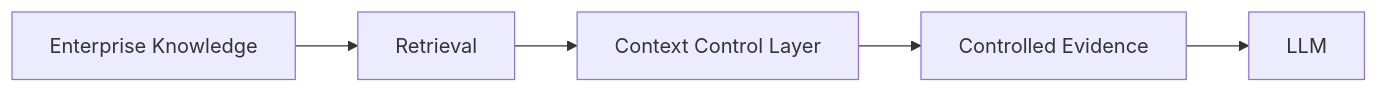
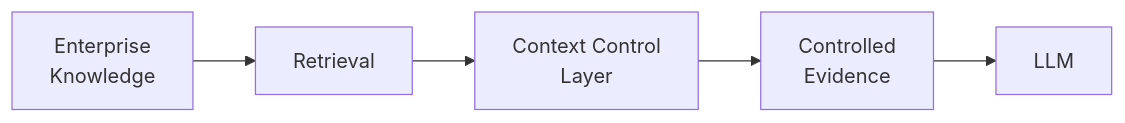
Before and after one commit to MihirKJha/enterprise-ai-blog: the fourth of 6 diagrams in docs/architecture-insights/genai-and-rag/3.1-engineering-the-context-control-layer-for-enterprise-retrieval.md, drawn with Mermaid. The commit also changed other lines of this file, not shown here.

First line of the commit message:
Updated 3.1-engineering-the-context-control-layer-for-enterprise-retrieval.md

````diff
--- a/docs/architecture-insights/genai-and-rag/3.1-engineering-the-context-control-layer-for-enterprise-retrieval.md
+++ b/docs/architecture-insights/genai-and-rag/3.1-engineering-the-context-control-layer-for-enterprise-retrieval.md
@@ -382,7 +382,7 @@
 ```mermaid
 graph LR
-    A[Enterprise Knowledge] --> B[Retrieval]
-    B --> C[Context Control Layer]
-    C --> D[Controlled Evidence]
+    A[Enterprise<br/>Knowledge] --> B[Retrieval]
+    B --> C[Context Control<br/>Layer]
+    C --> D[Controlled<br/>Evidence]
     D --> E[LLM]
 ```
````
